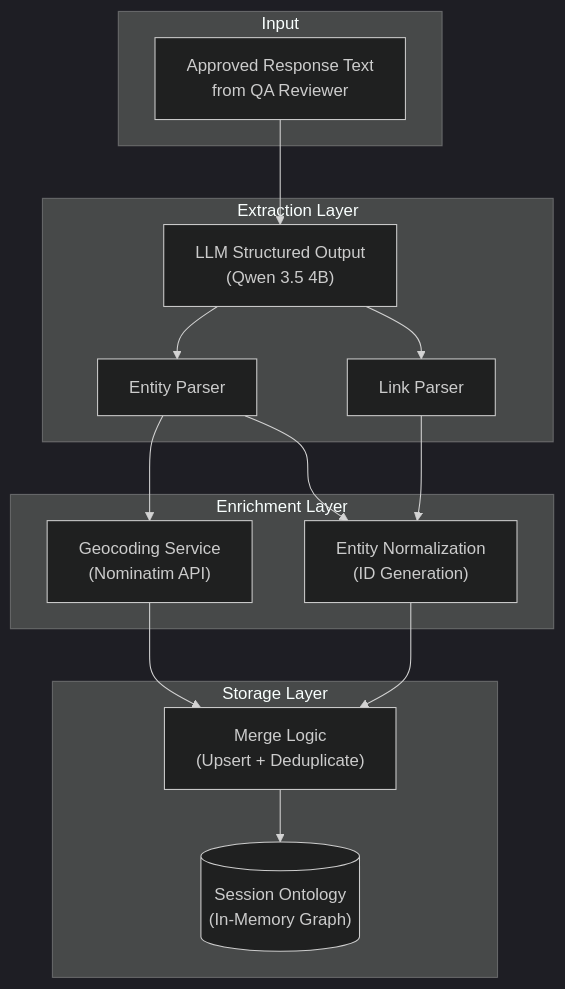
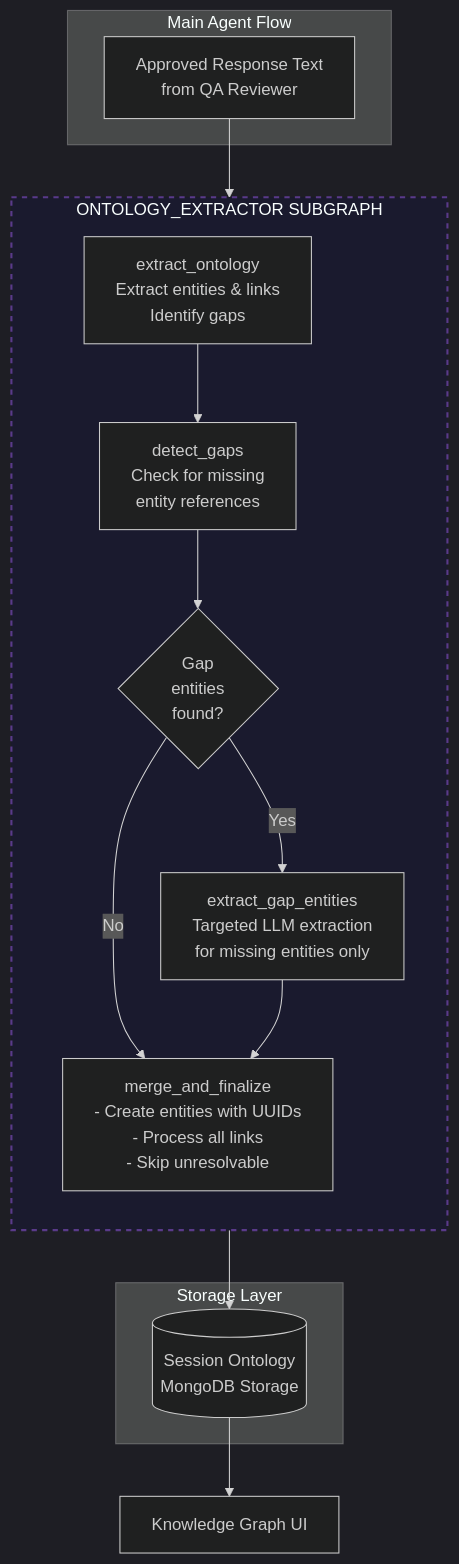
Before and after one commit to fbaierl/geo-vision-lab: the first of 2 diagrams in docs/ontology.md, drawn with Mermaid. The commit also changed other lines of this file and 1 other file, not shown here.

````diff
--- a/docs/ontology.md
+++ b/docs/ontology.md
@@ -27,33 +28,30 @@
 ```mermaid
 %%{init: {'theme': 'dark'}}%%
-graph TB
-    subgraph Input ["Input"]
+flowchart TB
+    subgraph Main["Main Agent Flow"]
         RESP["Approved Response Text<br/>from QA Reviewer"]
     end
 
-    subgraph Extract ["Extraction Layer"]
-        LLM["LLM Structured Output<br/>(Qwen 3.5 4B)"]
-        ENT_PARSER["Entity Parser"]
-        LINK_PARSER["Link Parser"]
+    subgraph OntologySubgraph["ONTOLOGY_EXTRACTOR SUBGRAPH"]
+        direction TB
+        Extract["extract_ontology<br/>Extract entities & links<br/>Identify gaps"]
+        
+        Extract --> Detect["detect_gaps<br/>Check for missing<br/>entity references"]
+        
+        Detect --> Check{Gap<br/>entities<br/>found?}
+        
+        Check -->|Yes| GapExtract["extract_gap_entities<br/>Targeted LLM extraction<br/>for missing entities only"]
+        Check -->|No| Merge
+        
+        GapExtract --> Merge["merge_and_finalize<br/>- Create entities with UUIDs<br/>- Process all links<br/>- Skip unresolvable"]
     end
 
-    subgraph Enrich ["Enrichment Layer"]
-        GEO["Geocoding Service<br/>(Nominatim API)"]
-        NORM["Entity Normalization<br/>(ID Generation)"]
+    subgraph Store["Storage Layer"]
+        Merge --> SessionOntology[("Session Ontology<br/>MongoDB Storage")]
     end
 
-    subgraph Store ["Storage Layer"]
-        MERGE["Merge Logic<br/>(Upsert + Deduplicate)"]
-        ONTO[("Session Ontology<br/>(In-Memory Graph)")]
-    end
-
-    RESP --> LLM
-    LLM --> ENT_PARSER
-    LLM --> LINK_PARSER
-    ENT_PARSER --> NORM
-    ENT_PARSER --> GEO
-    LINK_PARSER --> NORM
-    GEO --> MERGE
-    NORM --> MERGE
-    MERGE --> ONTO
+    RESP --> Extract
+    SessionOntology --> UI["Knowledge Graph UI"]
+    
+    style OntologySubgraph fill:#1a1a2e,stroke:#5a3a8a,stroke-width:2px,stroke-dasharray: 5 5
 ```
````
